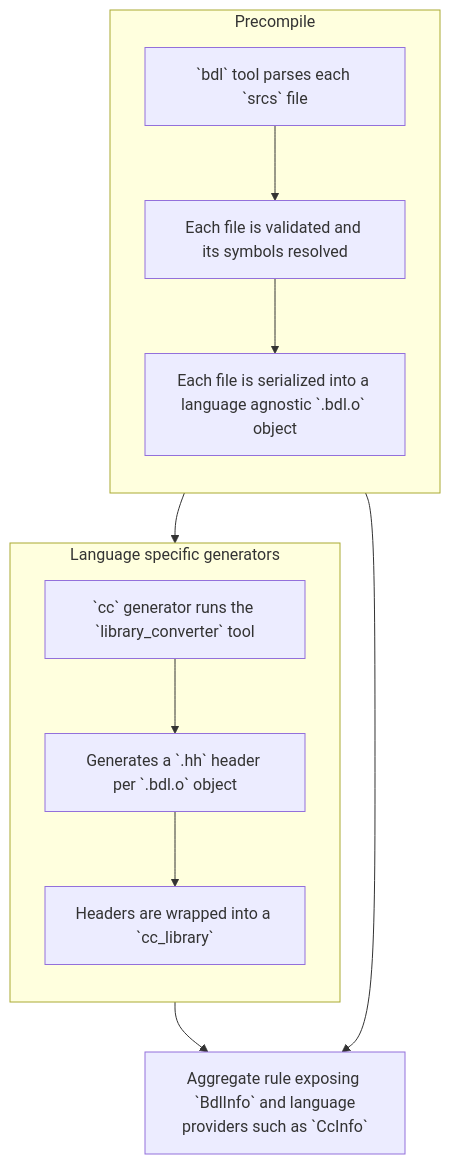
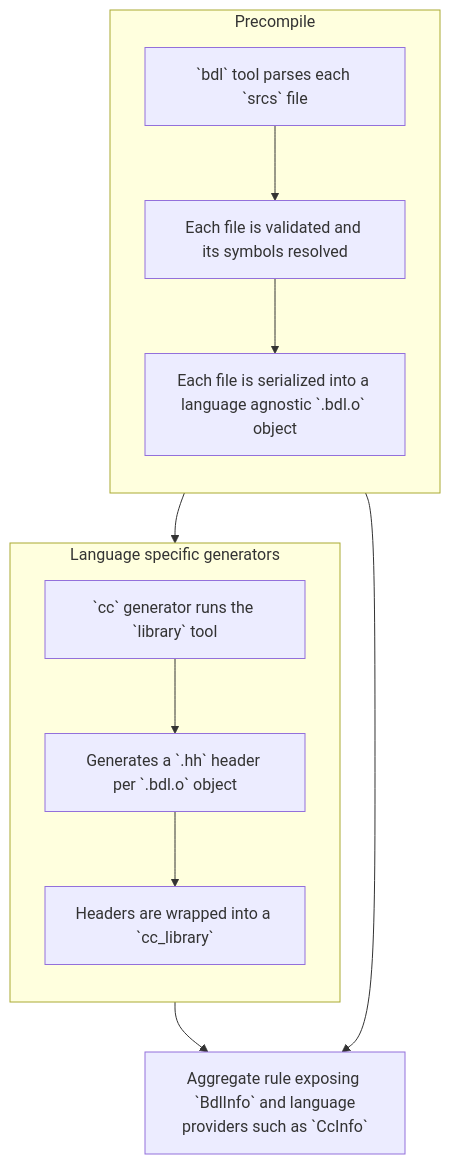
One commit to blaizard/bzd changed the diagram in tools/bazel_build/modules/bzd_bdl/bdl/docs/library.md. Above: the diagram before and after it, drawn with Mermaid. The commit also changed other lines of this file and 11 other files, not shown here.

````diff
--- a/tools/bazel_build/modules/bzd_bdl/bdl/docs/library.md
+++ b/tools/bazel_build/modules/bzd_bdl/bdl/docs/library.md
@@ -46,23 +46,23 @@
 ```mermaid
 flowchart TB
     subgraph ide1 [Precompile]
     direction TB
     A[`bdl` tool parses each `srcs` file]
     B[Each file is validated and its symbols resolved]
     C[Each file is serialized into a language agnostic `.bdl.o` object]
     end
     subgraph ide2 [Language specific generators]
     direction TB
-    D[`cc` generator runs the `library_converter` tool]
+    D[`cc` generator runs the `library` tool]
     E[Generates a `.hh` header per `.bdl.o` object]
     F[Headers are wrapped into a `cc_library`]
     end
     G[Aggregate rule exposing `BdlInfo` and language\nproviders such as `CcInfo`]
     A --> B
     B --> C
     C --> D
     D --> E
     E --> F
     C --> G
     F --> G
 ```
````
